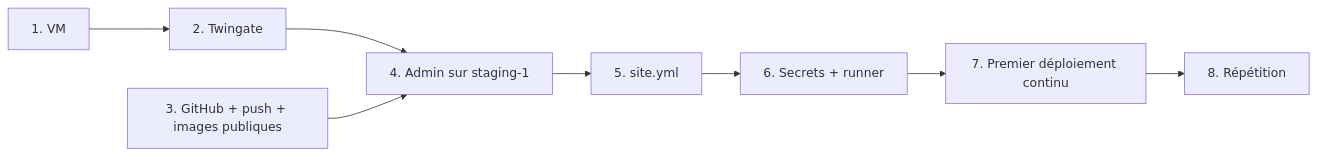
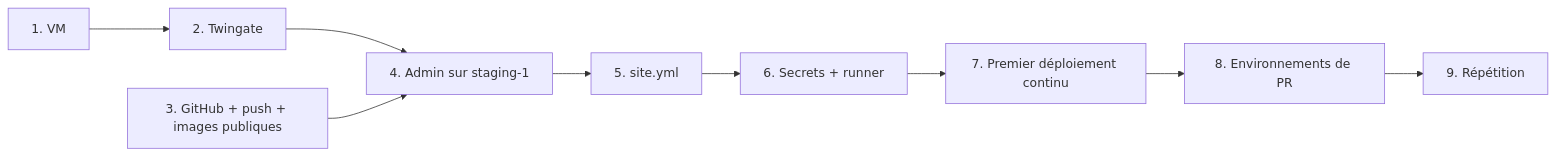
Before and after one commit to ESGI-M1-DEVOPS/taskflow: the diagram in docs/TUTORIEL.md, drawn with Mermaid. The commit also changed other lines of this file and 12 other files, not shown here.

````diff
--- a/docs/TUTORIEL.md
+++ b/docs/TUTORIEL.md
@@ -35,6 +35,6 @@
 ```mermaid
 flowchart LR
   E1[1. VM] --> E2[2. Twingate] --> E4[4. Admin sur staging-1]
   E3[3. GitHub + push + images publiques] --> E4
-  E4 --> E5[5. site.yml] --> E6[6. Secrets + runner] --> E7[7. Premier déploiement continu] --> E8[8. Répétition]
+  E4 --> E5[5. site.yml] --> E6[6. Secrets + runner] --> E7[7. Premier déploiement continu] --> E8[8. Environnements de PR] --> E9[9. Répétition]
 ```
````
